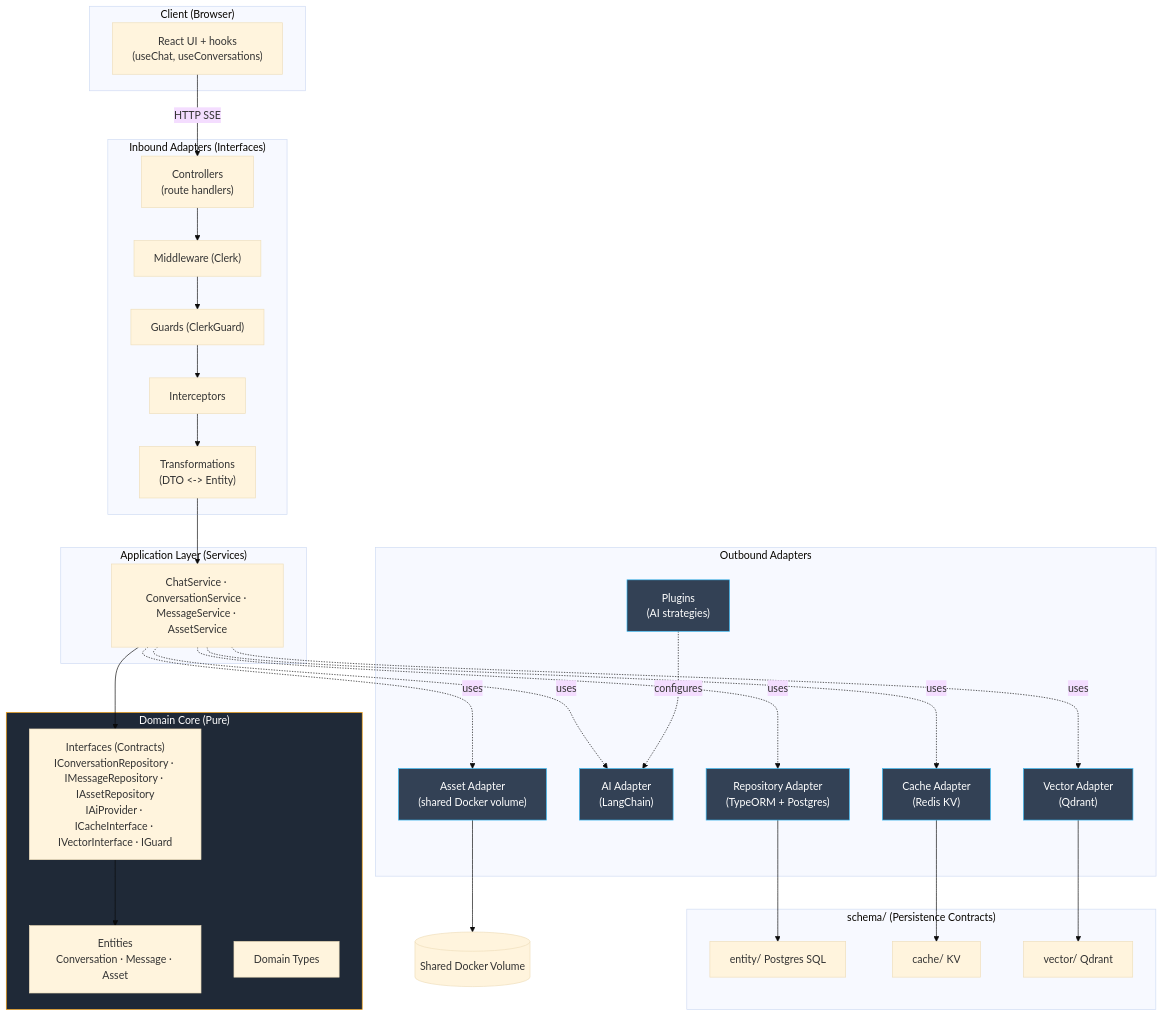
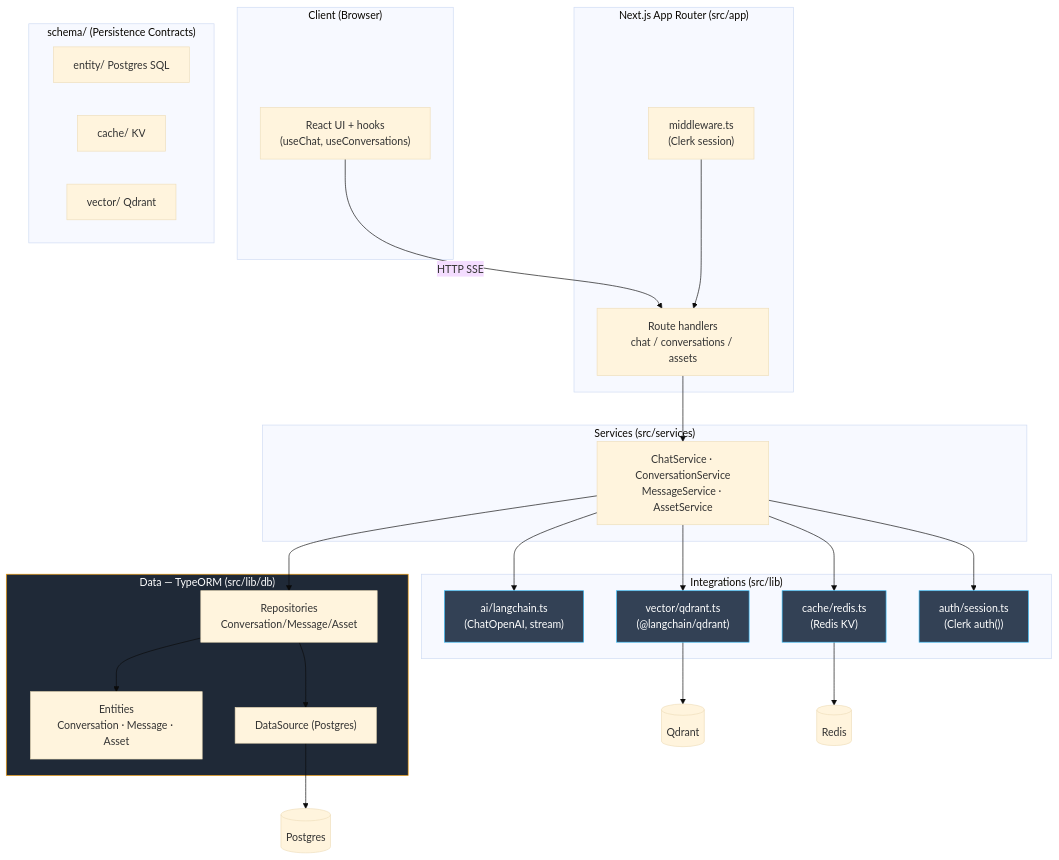
The diagram in _bmad-output/planning-artifacts/05-architecture.md (Glitch-guy0/chaiGPT), drawn with Mermaid (base theme) before and after one commit. The commit also changed other lines of this file and 9 other files, not shown here.

````diff
--- a/_bmad-output/planning-artifacts/05-architecture.md
+++ b/_bmad-output/planning-artifacts/05-architecture.md
@@ -5,60 +5,53 @@
 ```mermaid
 flowchart TB
     subgraph client["Client (Browser)"]
         ui["React UI + hooks<br/>(useChat, useConversations)"]
     end
 
-    subgraph inbound["Inbound Adapters (Interfaces)"]
-        ctrl["Controllers<br/>(route handlers)"]
-        mw["Middleware (Clerk)"]
-        grd["Guards (ClerkGuard)"]
-        intc["Interceptors"]
-        trf["Transformations<br/>(DTO <-> Entity)"]
+    subgraph routes["Next.js App Router (src/app)"]
+        ctrl["Route handlers<br/>chat / conversations / assets"]
+        mw["middleware.ts<br/>(Clerk session)"]
     end
 
-    subgraph app["Application Layer (Services)"]
-        svc["ChatService · ConversationService · MessageService · AssetService"]
+    subgraph services["Services (src/services)"]
+        svc["ChatService · ConversationService<br/>MessageService · AssetService"]
     end
 
-    subgraph domain["Domain Core (Pure)"]
+    subgraph data["Data — TypeORM (src/lib/db)"]
         ent["Entities<br/>Conversation · Message · Asset"]
-        interfaces["Interfaces (Contracts)<br/>IConversationRepository · IMessageRepository · IAssetRepository<br/>IAiProvider · ICacheInterface · IVectorInterface · IGuard"]
-        domTypes["Domain Types"]
+        repo["Repositories<br/>Conversation/Message/Asset"]
+        ds["DataSource (Postgres)"]
     end
 
-    subgraph outbound["Outbound Adapters"]
-        repoA["Repository Adapter<br/>(TypeORM + Postgres)"]
-        aiA["AI Adapter<br/>(LangChain)"]
-        cacheA["Cache Adapter<br/>(Redis KV)"]
-        vecA["Vector Adapter<br/>(Qdrant)"]
-        assetA["Asset Adapter<br/>(shared Docker volume)"]
-        plug["Plugins<br/>(AI strategies)"]
+    subgraph integ["Integrations (src/lib)"]
+        ai["ai/langchain.ts<br/>(ChatOpenAI, stream)"]
+        vec["vector/qdrant.ts<br/>(@langchain/qdrant)"]
+        cache["cache/redis.ts<br/>(Redis KV)"]
+        auth["auth/session.ts<br/>(Clerk auth())"]
     end
 
     subgraph persist["schema/ (Persistence Contracts)"]
         se["entity/ Postgres SQL"]
         sc["cache/ KV"]
         sv["vector/ Qdrant"]
     end
 
     ui -->|HTTP SSE| ctrl
-    ctrl --> mw --> grd --> intc --> trf
-    trf --> svc
-    svc --> interfaces
-    interfaces --> ent
-    svc -.uses.-> repoA
-    svc -.uses.-> aiA
-    svc -.uses.-> cacheA
-    svc -.uses.-> vecA
-    svc -.uses.-> assetA
-    plug -.configures.-> aiA
-    repoA --> se
-    cacheA --> sc
-    vecA --> sv
-    assetA --> vol[(Shared Docker Volume)]
+    mw --> ctrl
+    ctrl --> svc
+    svc --> repo
+    svc --> ai
+    svc --> vec
+    svc --> cache
+    svc --> auth
+    repo --> ent
+    repo --> ds
+    ds --> PG[("Postgres")]
+    vec --> Q[("Qdrant")]
+    cache --> RED[("Redis")]
 
     classDef core fill:#1f2937,stroke:#f59e0b,color:#fff
-    classDef adapter fill:#334155,stroke:#38bdf8,color:#fff
-    class domain core
-    class repoA,aiA,cacheA,vecA,assetA,plug adapter
+    classDef integ fill:#334155,stroke:#38bdf8,color:#fff
+    class data core
+    class ai,vec,cache,auth integ
 ```
````
